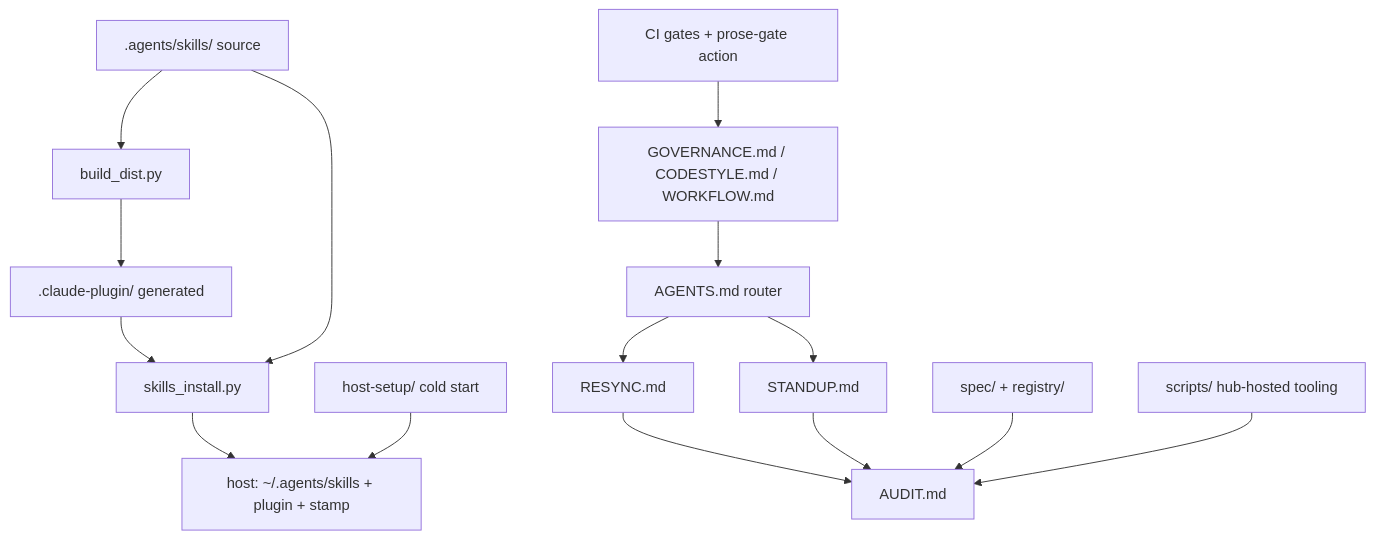
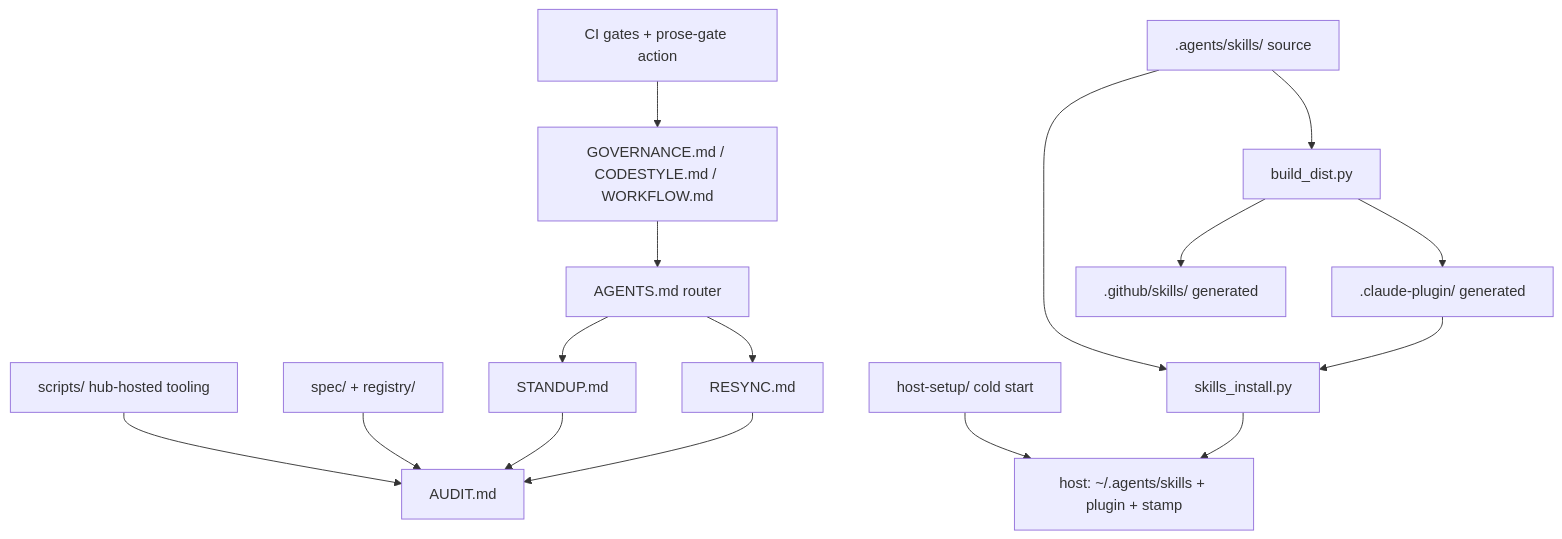
Before and after one commit to ptr727/ProjectTemplate: the first of 5 diagrams in docs/fleet-map.md, drawn with Mermaid. The commit also changed other lines of this file and 42 other files, not shown here.

````diff
--- a/docs/fleet-map.md
+++ b/docs/fleet-map.md
@@ -40,17 +40,18 @@
 ```mermaid
 flowchart TD
   agents["AGENTS.md router"] --> standup[STANDUP.md]
   agents --> resync[RESYNC.md]
   resync --> audit[AUDIT.md]
   standup --> audit
   law["GOVERNANCE.md / CODESTYLE.md / WORKFLOW.md"] --> agents
   spec["spec/ + registry/"] --> audit
   scripts["scripts/ hub-hosted tooling"] --> audit
   skills[".agents/skills/ source"] --> build[build_dist.py]
   build --> plugin[".claude-plugin/ generated"]
+  build --> githubskills[".github/skills/ generated"]
   plugin --> install[skills_install.py]
   skills --> install
   install --> host["host: ~/.agents/skills + plugin + stamp"]
   hostsetup["host-setup/ cold start"] --> host
   ci["CI gates + prose-gate action"] --> law
 ```
````
